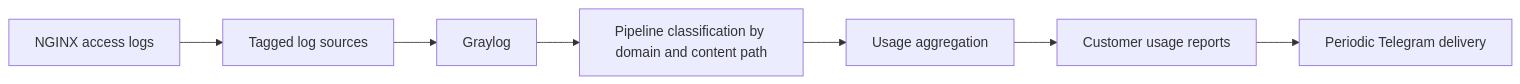
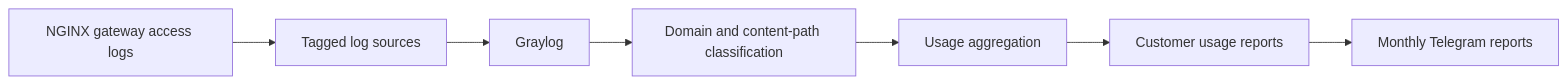
The first of 2 diagrams in projects/ip-001/observability.md (minnthuwinn/infrastructure-portfolio), drawn with Mermaid before and after one commit. The commit also changed other lines of this file, not shown here.

Commit message:
Review IP-001: refine projects/ip-001/observability.md

````diff
--- a/projects/ip-001/observability.md
+++ b/projects/ip-001/observability.md
@@ -5,9 +5,9 @@
 ```mermaid
 flowchart LR
-    N[NGINX access logs] --> T[Tagged log sources]
-    T --> G[Graylog]
-    G --> P[Pipeline classification by domain and content path]
-    P --> A[Usage aggregation]
-    A --> R[Customer usage reports]
-    R --> M[Periodic Telegram delivery]
+    N["NGINX gateway access logs"] --> T["Tagged log sources"]
+    T --> G["Graylog"]
+    G --> P["Domain and content-path classification"]
+    P --> A["Usage aggregation"]
+    A --> R["Customer usage reports"]
+    R --> M["Monthly Telegram reports"]
 ```
````
